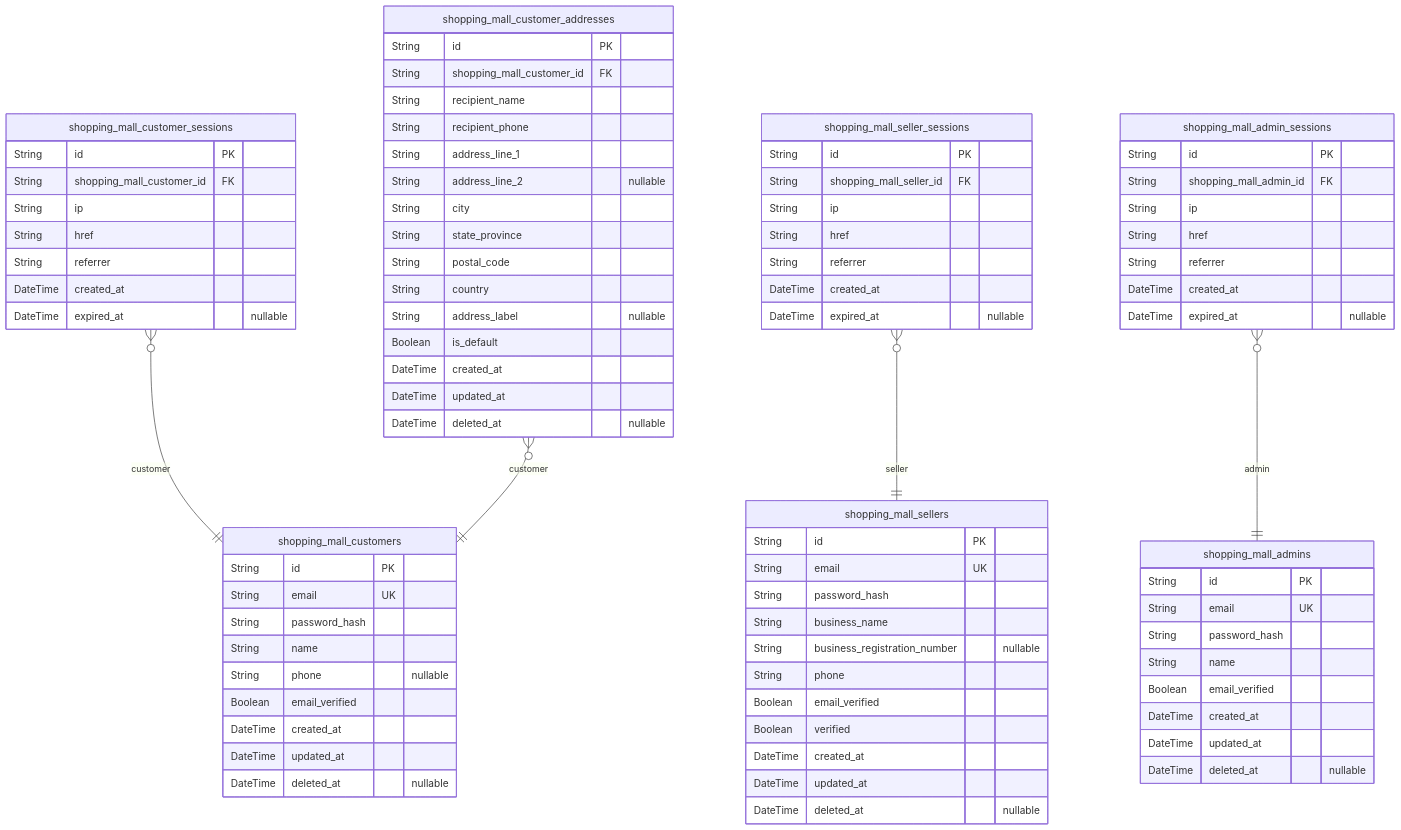
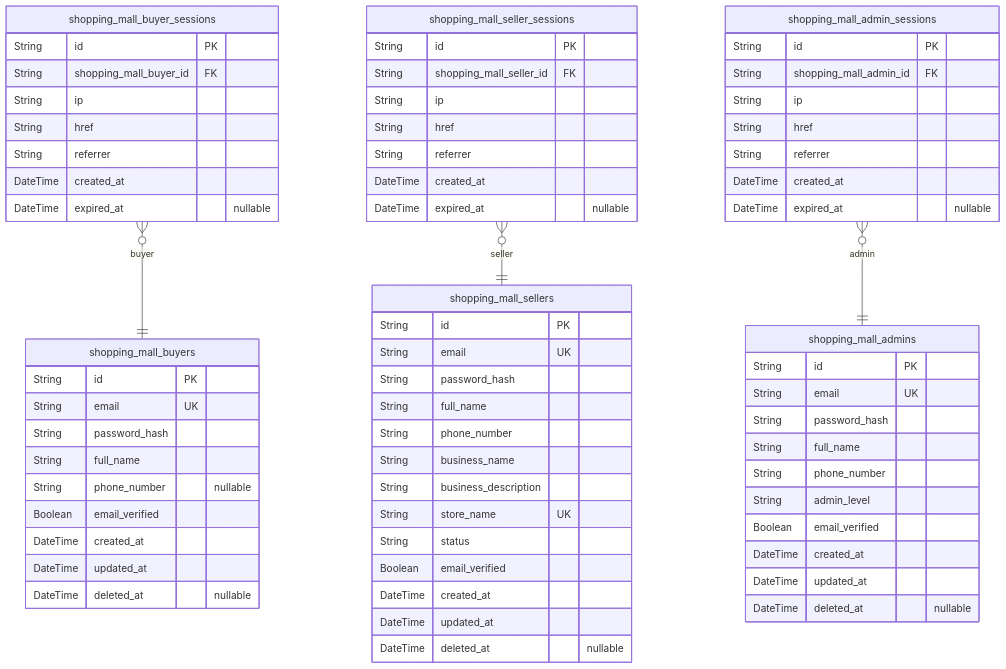
Before and after one commit to wrtnlabs/autobe-examples: the second of 10 diagrams in anthropic/claude-sonnet-4.5/shopping/docs/ERD.md, drawn with Mermaid. The commit also changed other lines of this file and 22498 other files, not shown here.

````diff
--- a/anthropic/claude-sonnet-4.5/shopping/docs/ERD.md
+++ b/anthropic/claude-sonnet-4.5/shopping/docs/ERD.md
@@ -266,19 +113,19 @@
 ```mermaid
 erDiagram
-"shopping_mall_customers" {
+"shopping_mall_buyers" {
   String id PK
   String email UK
   String password_hash
-  String name
-  String phone "nullable"
+  String full_name
+  String phone_number "nullable"
   Boolean email_verified
   DateTime created_at
   DateTime updated_at
   DateTime deleted_at "nullable"
 }
-"shopping_mall_customer_sessions" {
+"shopping_mall_buyer_sessions" {
   String id PK
-  String shopping_mall_customer_id FK
+  String shopping_mall_buyer_id FK
   String ip
   String href
   String referrer
@@ -289,11 +136,13 @@
   String id PK
   String email UK
   String password_hash
+  String full_name
+  String phone_number
   String business_name
-  String business_registration_number "nullable"
-  String phone
+  String business_description
+  String store_name UK
+  String status
   Boolean email_verified
-  Boolean verified
   DateTime created_at
   DateTime updated_at
   DateTime deleted_at "nullable"
@@ -311,7 +160,9 @@
   String id PK
   String email UK
   String password_hash
-  String name
+  String full_name
+  String phone_number
+  String admin_level
   Boolean email_verified
   DateTime created_at
   DateTime updated_at
@@ -326,25 +177,7 @@
   DateTime created_at
   DateTime expired_at "nullable"
 }
-"shopping_mall_customer_addresses" {
-  String id PK
-  String shopping_mall_customer_id FK
-  String recipient_name
-  String recipient_phone
-  String address_line_1
-  String address_line_2 "nullable"
-  String city
-  String state_province
-  String postal_code
-  String country
-  String address_label "nullable"
-  Boolean is_default
-  DateTime created_at
-  DateTime updated_at
-  DateTime deleted_at "nullable"
-}
-"shopping_mall_customer_sessions" }o--|| "shopping_mall_customers" : customer
+"shopping_mall_buyer_sessions" }o--|| "shopping_mall_buyers" : buyer
 "shopping_mall_seller_sessions" }o--|| "shopping_mall_sellers" : seller
 "shopping_mall_admin_sessions" }o--|| "shopping_mall_admins" : admin
-"shopping_mall_customer_addresses" }o--|| "shopping_mall_customers" : customer
 ```
````
